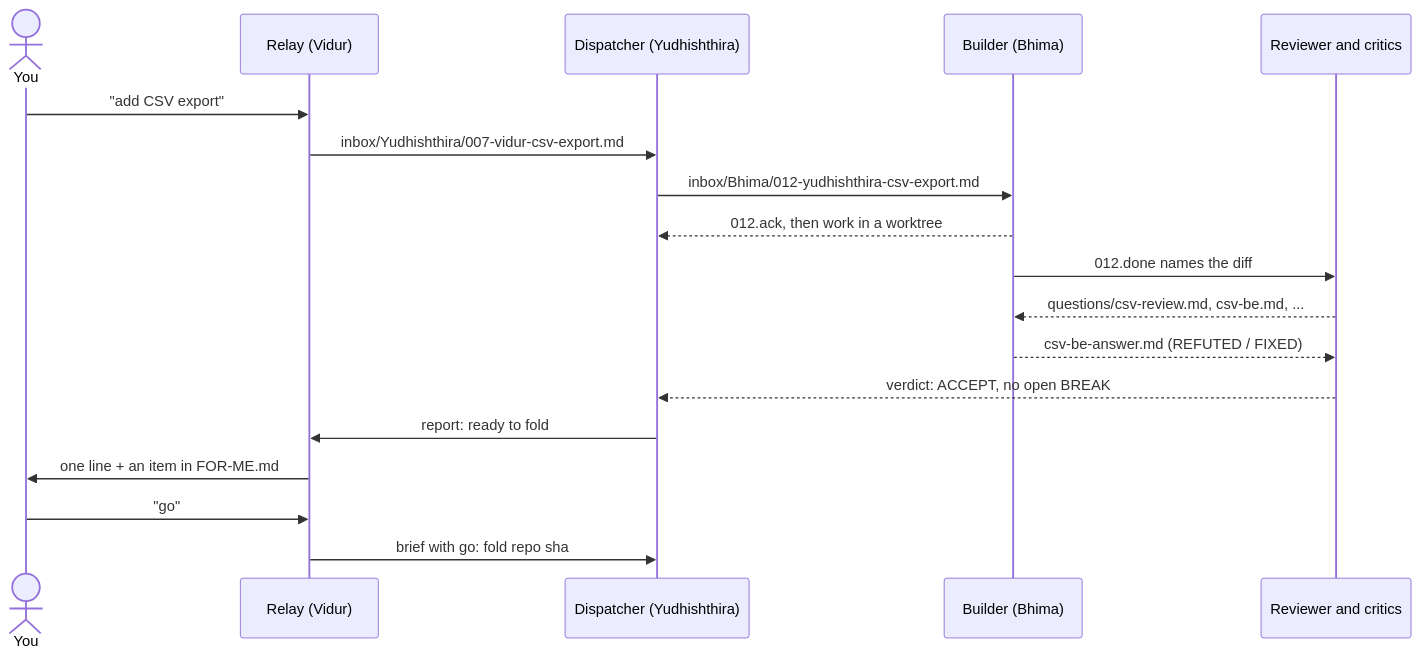
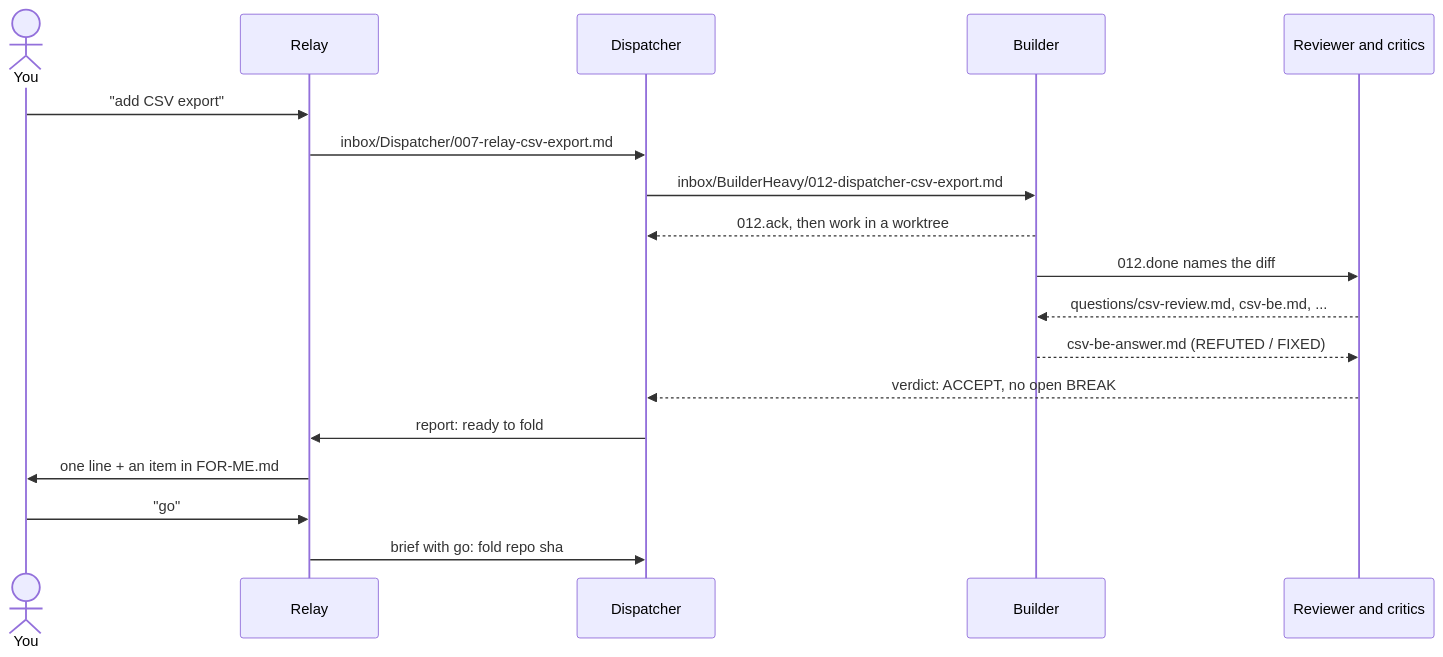
Before and after one commit to The-Harsh-Vardhan/claude-sabha: the first of 5 diagrams in docs/how-it-works.md, drawn with Mermaid. The commit also changed 256 other files, not shown here.

````diff
--- a/docs/how-it-works.md
+++ b/docs/how-it-works.md
@@ -17,20 +17,20 @@
 ```mermaid
 sequenceDiagram
     actor You
-    participant R as Relay (Vidur)
-    participant D as Dispatcher (Yudhishthira)
-    participant B as Builder (Bhima)
+    participant R as Relay
+    participant D as Dispatcher
+    participant B as Builder
     participant G as Reviewer and critics
     You->>R: "add CSV export"
-    R->>D: inbox/Yudhishthira/007-vidur-csv-export.md
-    D->>B: inbox/Bhima/012-yudhishthira-csv-export.md
+    R->>D: inbox/Dispatcher/007-relay-csv-export.md
+    D->>B: inbox/BuilderHeavy/012-dispatcher-csv-export.md
     B-->>D: 012.ack, then work in a worktree
     B->>G: 012.done names the diff
     G-->>B: questions/csv-review.md, csv-be.md, ...
     B-->>G: csv-be-answer.md (REFUTED / FIXED)
     G-->>D: verdict: ACCEPT, no open BREAK
     D->>R: report: ready to fold
     R->>You: one line + an item in FOR-ME.md
     You->>R: "go"
     R->>D: brief with go: fold repo sha
 ```
````
